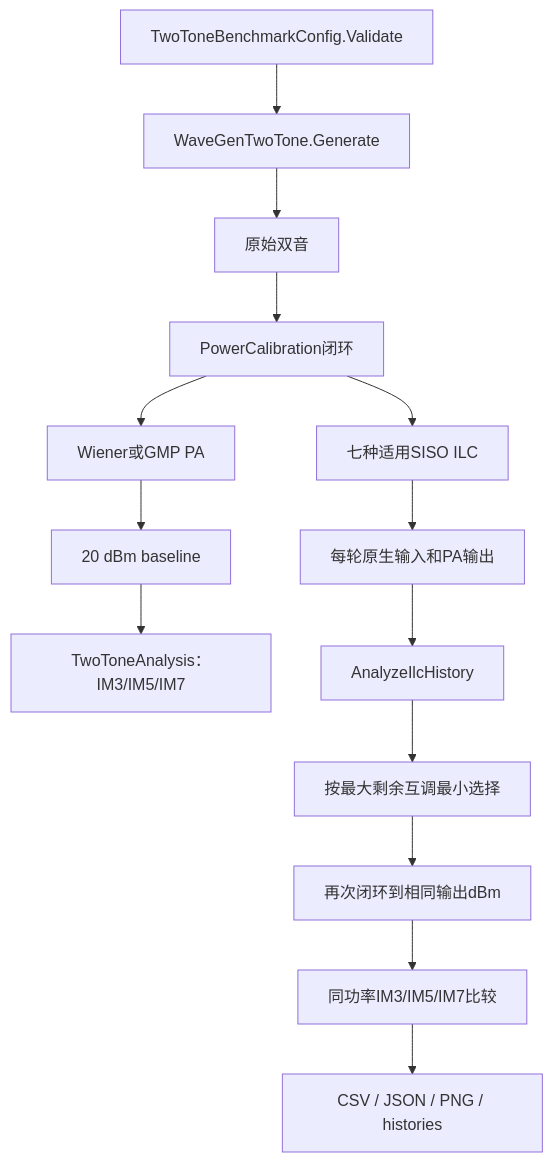
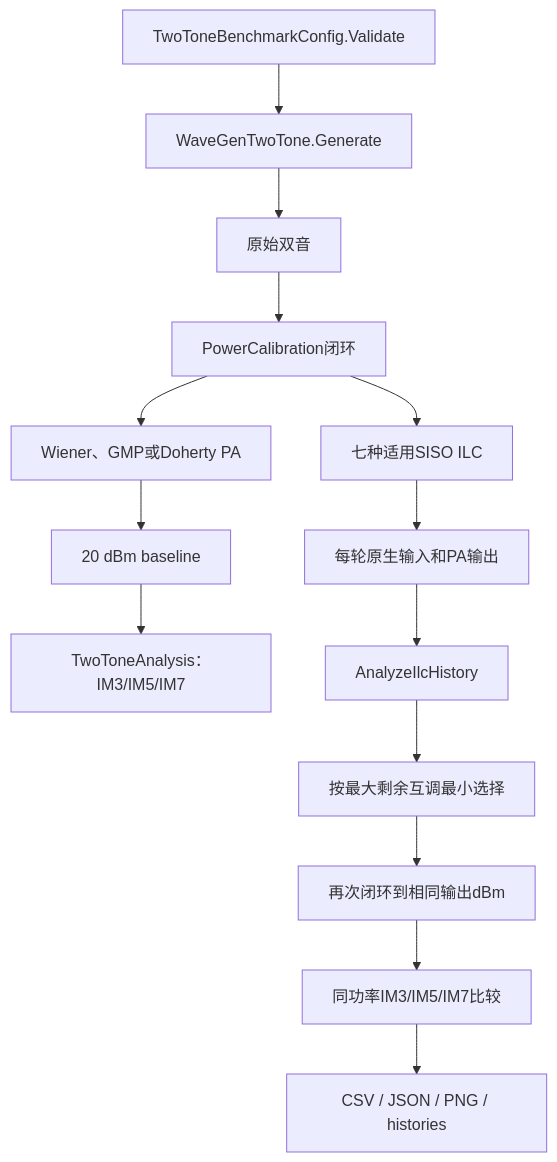
Before and after one commit to niyilu45/DPD_ILC: the sixth of 6 diagrams in doc/BenchMark.md, drawn with Mermaid. The commit also changed other lines of this file and 16 other files, not shown here.

````diff
--- a/doc/BenchMark.md
+++ b/doc/BenchMark.md
@@ -1696,16 +1696,16 @@
 ```mermaid
 flowchart TD
     config["TwoToneBenchmarkConfig.Validate"] --> generator["WaveGenTwoTone.Generate"]
     generator --> raw["原始双音"]
     raw --> calibration["PowerCalibration闭环"]
-    calibration --> pa["Wiener或GMP PA"]
+    calibration --> pa["Wiener、GMP或Doherty PA"]
     pa --> baseline["20 dBm baseline"]
     baseline --> analysis["TwoToneAnalysis：IM3/IM5/IM7"]
     calibration --> methods["七种适用SISO ILC"]
     methods --> histories["每轮原生输入和PA输出"]
     histories --> historyAnalysis["AnalyzeIlcHistory"]
     historyAnalysis --> selected["按最大剩余互调最小选择"]
     selected --> equalPower["再次闭环到相同输出dBm"]
     equalPower --> comparison["同功率IM3/IM5/IM7比较"]
     comparison --> files["CSV / JSON / PNG / histories"]
 ```
````
